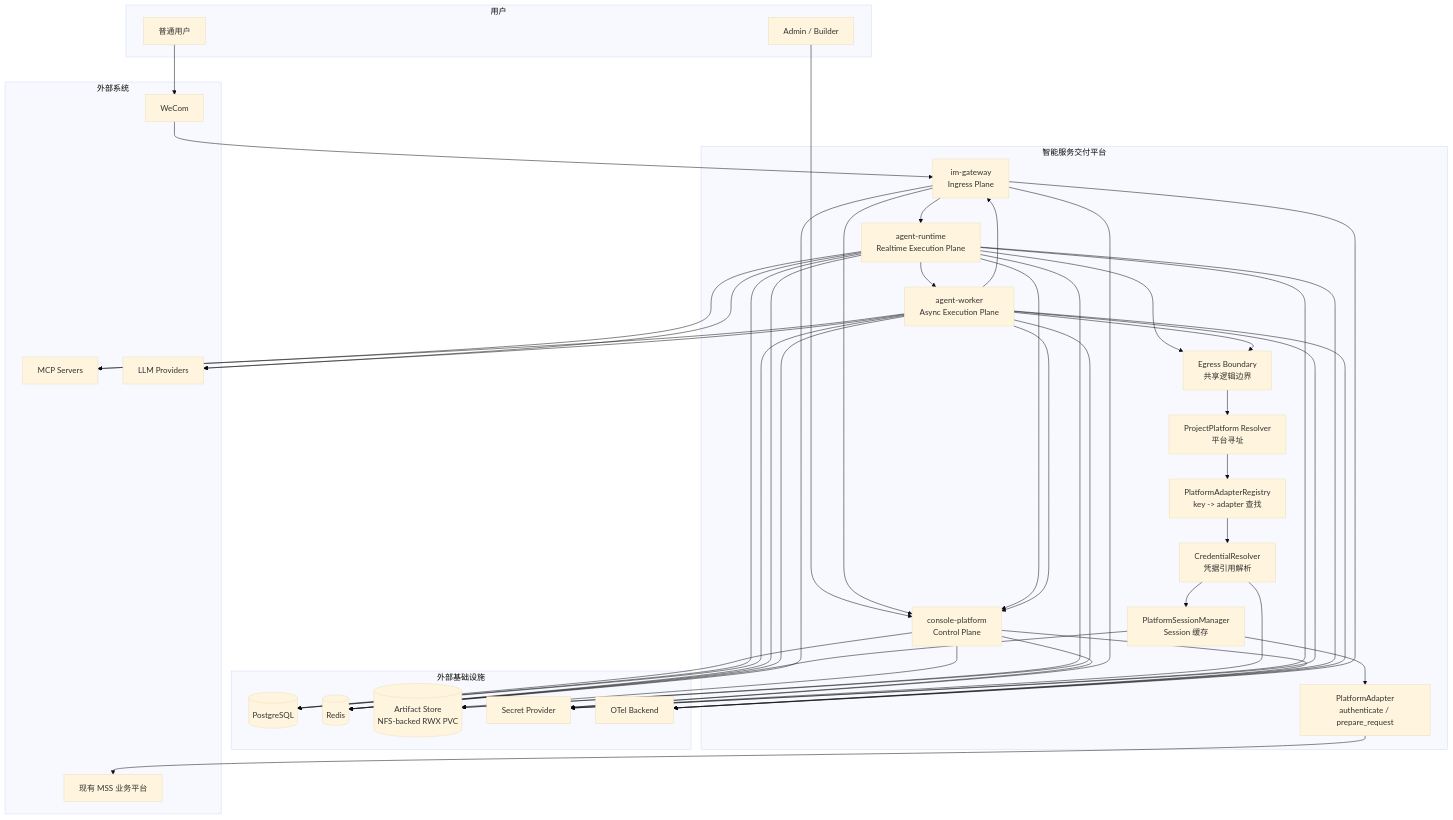
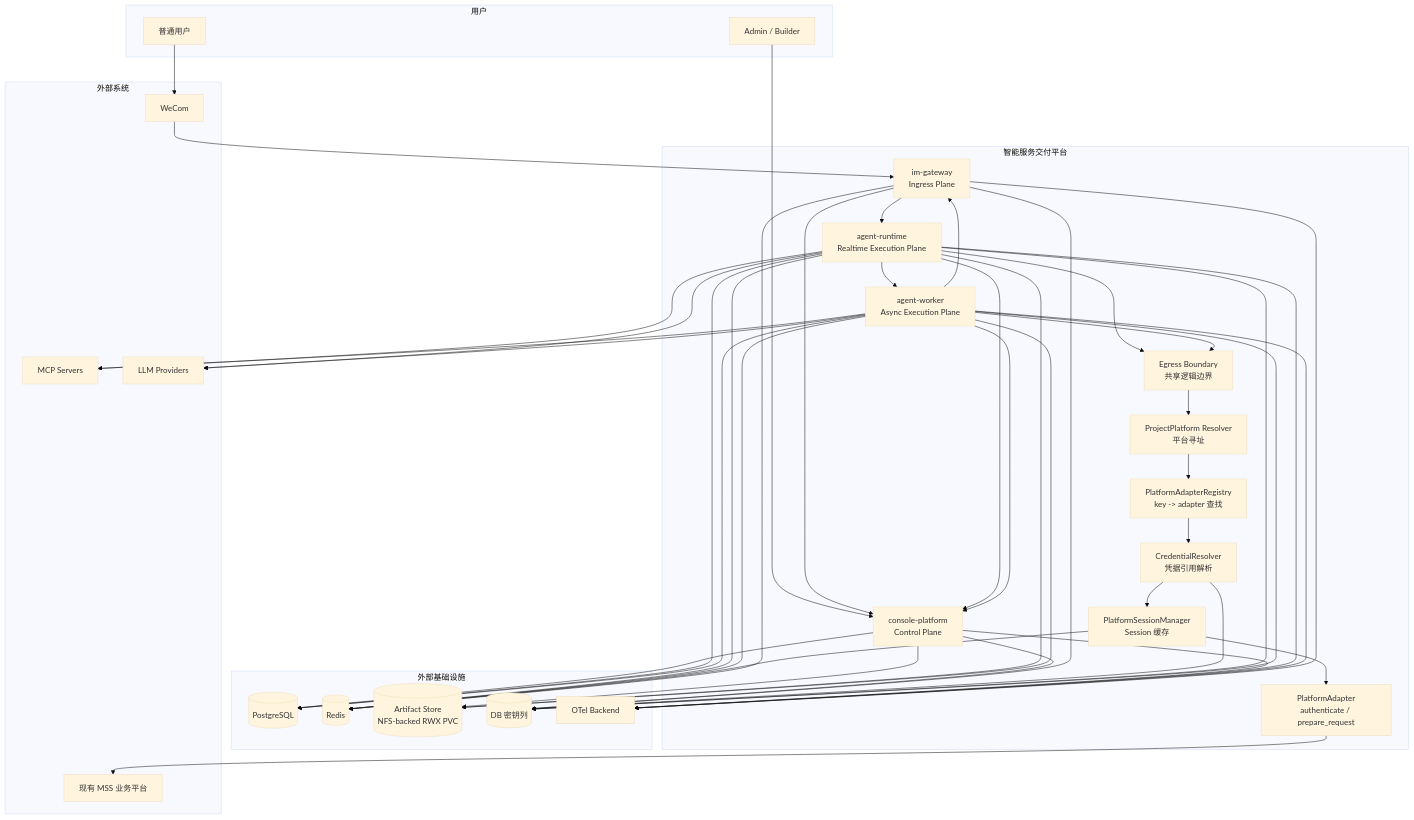
Before and after one commit to Michaelxwb/fluxion-harness: the first of 7 diagrams in docs/01-总体架构与部署详细设计.md, drawn with Mermaid (base theme). The commit also changed other lines of this file and 116 other files, not shown here.

````diff
--- a/docs/01-总体架构与部署详细设计.md
+++ b/docs/01-总体架构与部署详细设计.md
@@ -31,77 +31,77 @@
 ```mermaid
 flowchart TB
     subgraph Users[用户]
       AU[Admin / Builder]
       EU[普通用户]
     end
 
     subgraph MUAD[智能服务交付平台]
       CP[console-platform\nControl Plane]
       IG[im-gateway\nIngress Plane]
       AR[agent-runtime\nRealtime Execution Plane]
       AW[agent-worker\nAsync Execution Plane]
       EB[Egress Boundary\n共享逻辑边界]
       PP[ProjectPlatform Resolver\n平台寻址]
       PAR[PlatformAdapterRegistry\nkey -> adapter 查找]
       CR[CredentialResolver\n凭据引用解析]
       PSM[PlatformSessionManager\nSession 缓存]
       PA[PlatformAdapter\nauthenticate / prepare_request]
     end
 
     subgraph Infra[外部基础设施]
       PG[(PostgreSQL)]
       RD[(Redis)]
       OS[(Artifact Store\nNFS-backed RWX PVC)]
-      SP[Secret Provider]
+      SP[(DB 密钥列)]
       OT[OTel Backend]
     end
 
     subgraph External[外部系统]
       WECOM[WeCom]
       BIZ[现有 MSS 业务平台]
       MCP[MCP Servers]
       LLM[LLM Providers]
     end
 
     AU --> CP
     EU --> WECOM --> IG
     IG --> AR
     AR --> AW
     AW --> IG
     IG --> CP
     AR --> CP
     AW --> CP
     AR --> EB
     AW --> EB
     EB --> PP
     PP --> PAR
     PAR --> CR
     CR --> PSM
     PSM --> PA
     PA --> BIZ
     AR --> MCP
     AW --> MCP
     AR --> LLM
     AW --> LLM
 
     CP --> PG
     CP --> OS
     CP --> SP
     IG --> SP
     CR --> SP
     AR --> PG
     AW --> PG
     AR --> RD
     AW --> RD
     PSM --> RD
     AR --> OS
     AW --> OS
     AR --> SP
     AW --> SP
     IG --> RD
 
     CP --> OT
     AR --> OT
     AW --> OT
     IG --> OT
 ```
````
